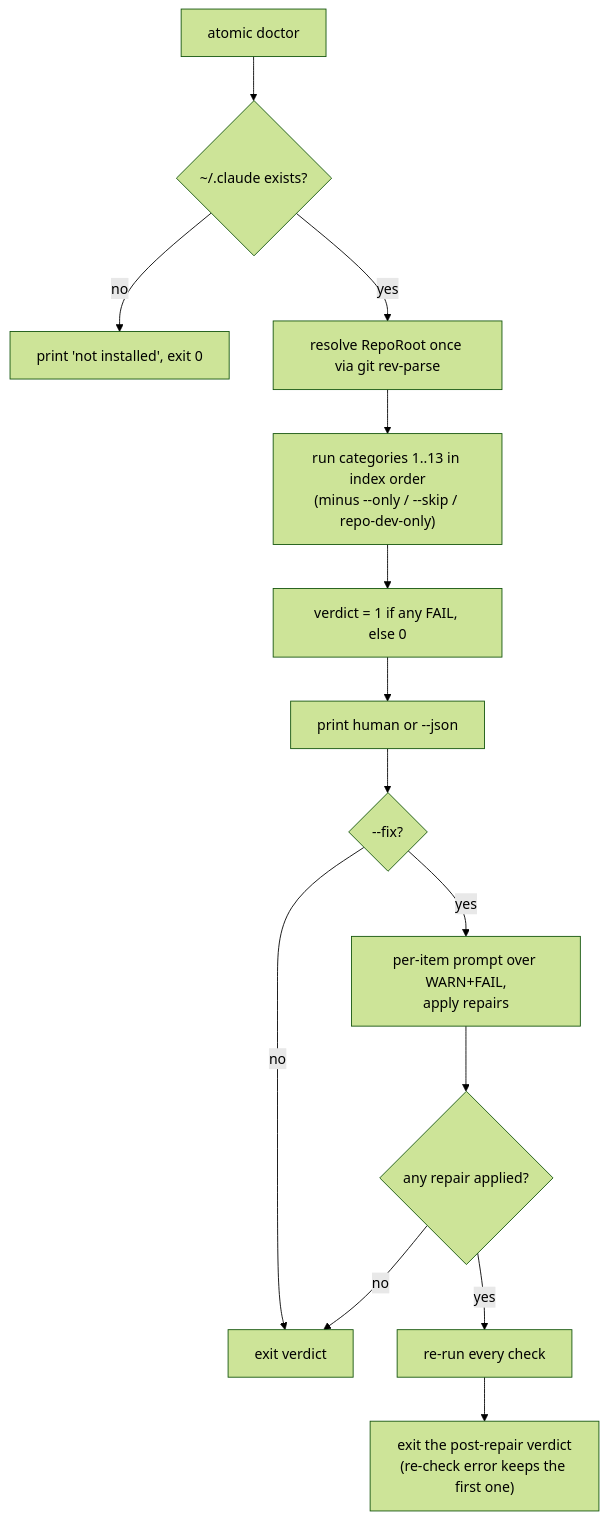
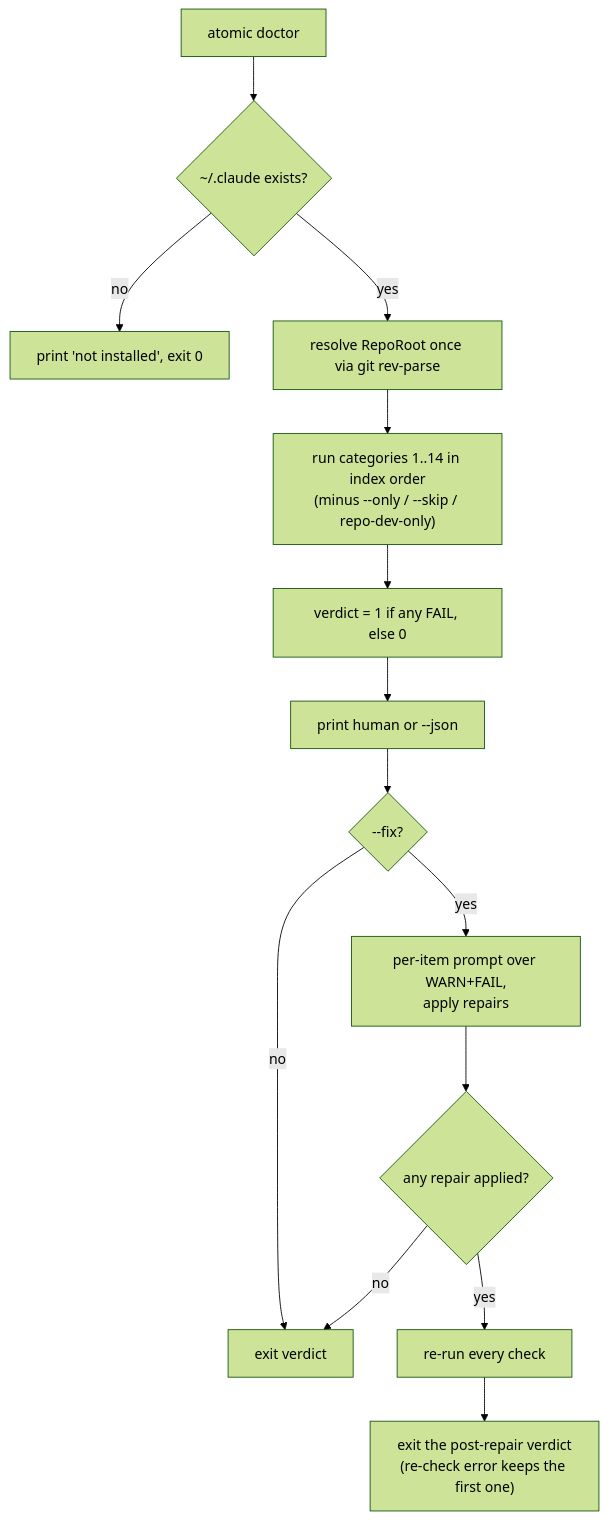
One commit to damusix/atomic-claude changed the diagram in docs/wiki/doctor.md. Above: the diagram before and after it, drawn with Mermaid (forest theme). The commit also changed other lines of this file and 41 other files, not shown here.

````diff
--- a/docs/wiki/doctor.md
+++ b/docs/wiki/doctor.md
@@ -19,16 +19,16 @@
 ```mermaid
 flowchart TD
     A["atomic doctor"] --> B{"~/.claude exists?"}
     B -->|no| C["print 'not installed', exit 0"]
     B -->|yes| D["resolve RepoRoot once via git rev-parse"]
-    D --> E["run categories 1..13 in index order<br/>(minus --only / --skip / repo-dev-only)"]
+    D --> E["run categories 1..14 in index order<br/>(minus --only / --skip / repo-dev-only)"]
     E --> F["verdict = 1 if any FAIL, else 0"]
     F --> G["print human or --json"]
     G --> H{"--fix?"}
     H -->|no| J["exit verdict"]
     H -->|yes| I["per-item prompt over WARN+FAIL,<br/>apply repairs"]
     I --> K{"any repair applied?"}
     K -->|no| J
     K -->|yes| L["re-run every check"]
     L --> M["exit the post-repair verdict<br/>(re-check error keeps the first one)"]
 ```
````
